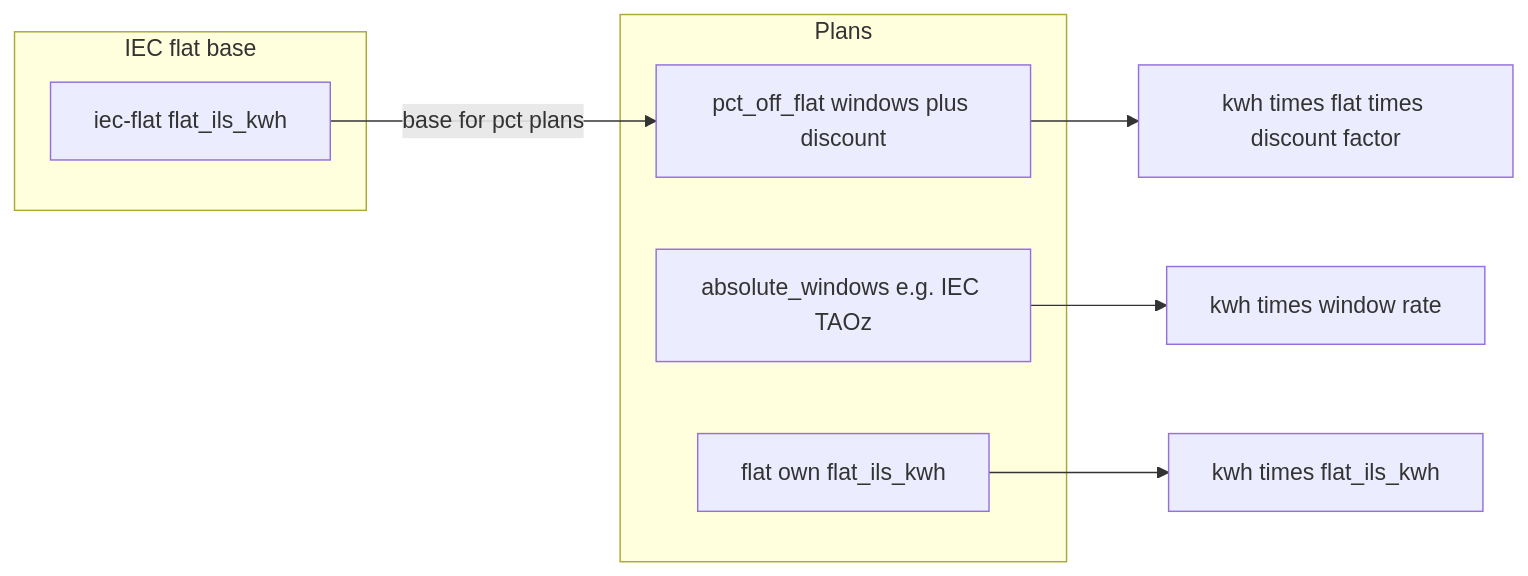
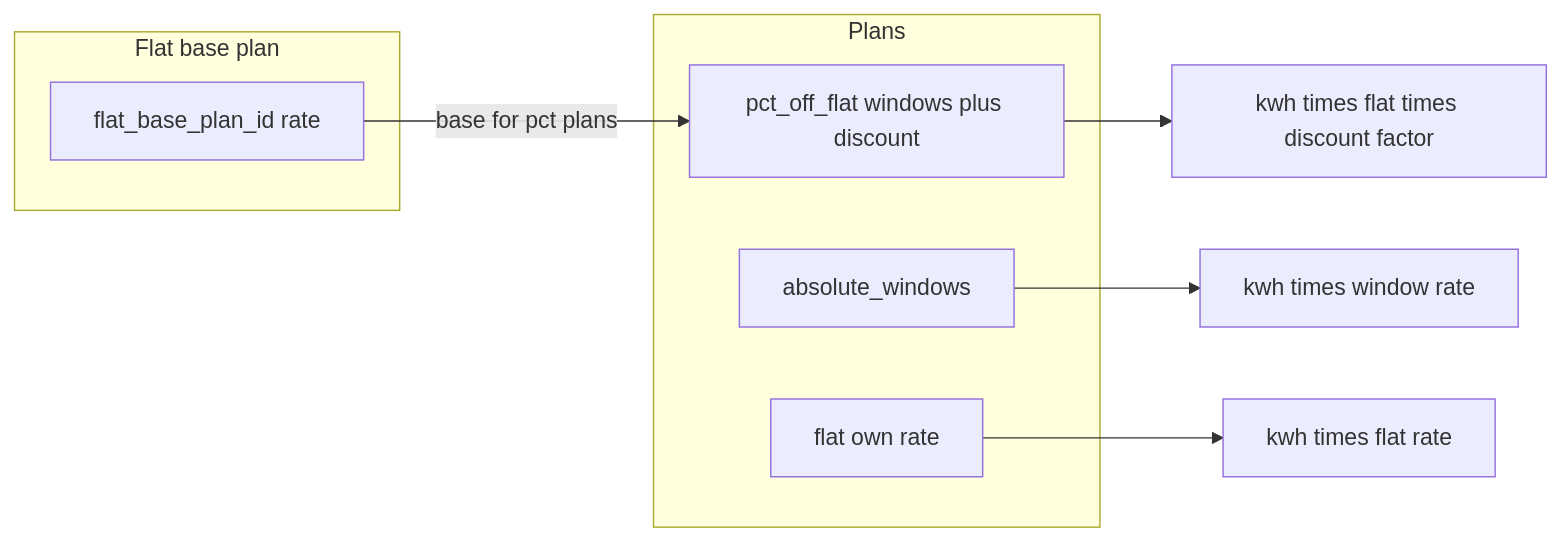
The first of 2 diagrams in docs/ARCHITECTURE.md (mpaltsev/OptiVolt), drawn with Mermaid before and after one commit. The commit also changed other lines of this file and 23 other files, not shown here.

````diff
--- a/docs/ARCHITECTURE.md
+++ b/docs/ARCHITECTURE.md
@@ -26,15 +26,15 @@
 ```mermaid
 flowchart LR
-  subgraph base [IEC flat base]
-    F["iec-flat flat_ils_kwh"]
+  subgraph base [Flat base plan]
+    F["flat_base_plan_id rate"]
   end
   subgraph plans [Plans]
     P["pct_off_flat windows plus discount"]
-    T["absolute_windows e.g. IEC TAOz"]
-    Flat["flat own flat_ils_kwh"]
+    T["absolute_windows"]
+    Flat["flat own rate"]
   end
   F -->|base for pct plans| P
   T --> PayT["kwh times window rate"]
   P --> PayP["kwh times flat times discount factor"]
-  Flat --> PayF["kwh times flat_ils_kwh"]
+  Flat --> PayF["kwh times flat rate"]
 ```
````
